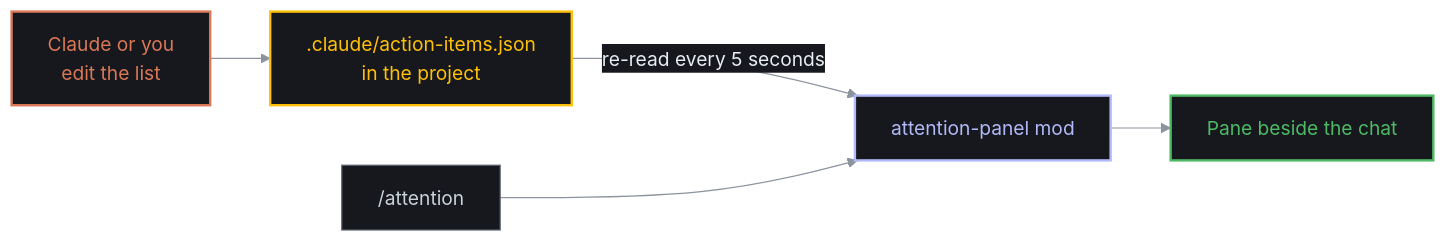
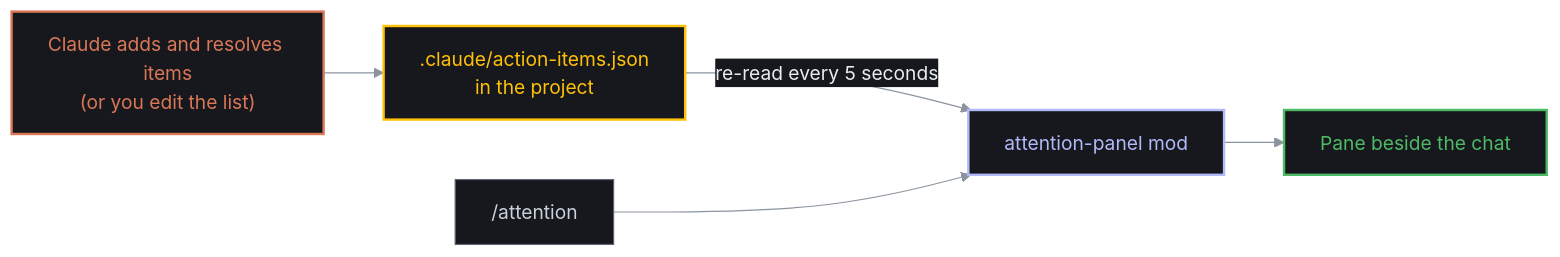
One commit to w22l/claude-code-attention-panel changed the first of 2 diagrams in README.md. Above: the diagram before and after it, drawn with Mermaid. The commit also changed other lines of this file and 6 other files, not shown here.

````diff
--- a/README.md
+++ b/README.md
@@ -25,19 +27,19 @@
 ```mermaid
 %%{init: {"theme": "base", "themeVariables": {"primaryColor": "#16181d", "primaryTextColor": "#e6edf3", "primaryBorderColor": "#5c6370", "lineColor": "#8b949e", "edgeLabelBackground": "#16181d", "fontFamily": "ui-monospace, SFMono-Regular, Menlo, Consolas, monospace"}}}%%
 flowchart LR
-    A["Claude or you<br/>edit the list"] --> B[".claude/action-items.json<br/>in the project"]
+    A["Claude adds and resolves items<br/>(or you edit the list)"] --> B[".claude/action-items.json<br/>in the project"]
     B -- "re-read every 5 seconds" --> C["attention-panel mod"]
     C --> D["Pane beside the chat"]
     E["/attention"] --> C
     classDef claude fill:#16181d,stroke:#d97757,stroke-width:2px,color:#d97757
     classDef file fill:#16181d,stroke:#ffc107,stroke-width:2px,color:#ffc107
     classDef mod fill:#16181d,stroke:#b1b9f9,stroke-width:2px,color:#b1b9f9
     classDef pane fill:#16181d,stroke:#4eba65,stroke-width:2px,color:#4eba65
     classDef plain fill:#16181d,stroke:#5c6370,stroke-width:1px,color:#c9d1d9
     class A claude
     class B file
     class C mod
     class D pane
     class E plain
     linkStyle default stroke:#8b949e,color:#e6edf3
 ```
````
